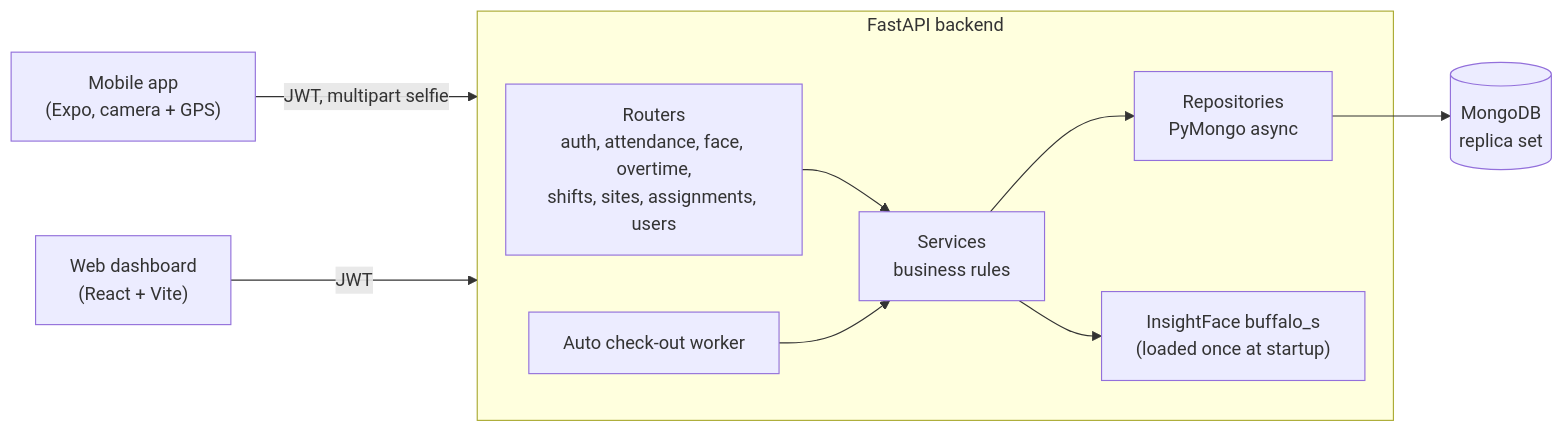
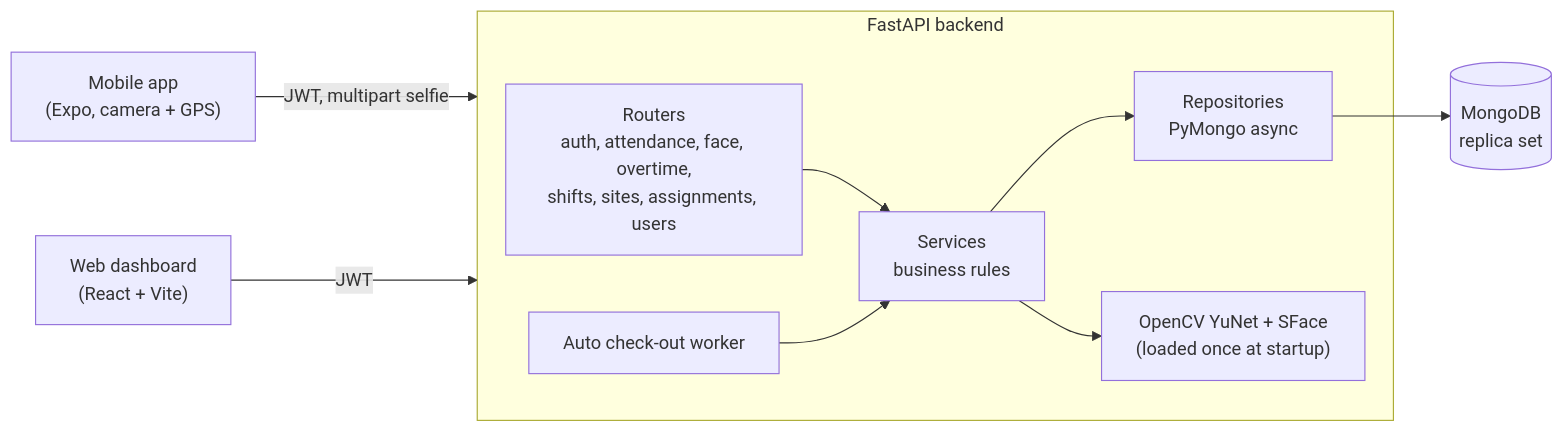
The diagram in README.md (Javanian/Hadir-Ops), drawn with Mermaid before and after one commit. The commit also changed other lines of this file and 3 other files, not shown here.

First line of the commit message:
docs: document the OpenCV face models, their licenses and re-enrolment

````diff
--- a/README.md
+++ b/README.md
@@ -46,12 +46,12 @@
 ```mermaid
 flowchart LR
   M["Mobile app<br/>(Expo, camera + GPS)"] -->|JWT, multipart selfie| API
   W["Web dashboard<br/>(React + Vite)"] -->|JWT| API
   subgraph API["FastAPI backend"]
     R["Routers<br/>auth, attendance, face, overtime,<br/>shifts, sites, assignments, users"] --> S["Services<br/>business rules"]
     S --> Repo["Repositories<br/>PyMongo async"]
-    S --> F["InsightFace buffalo_s<br/>(loaded once at startup)"]
+    S --> F["OpenCV YuNet + SFace<br/>(loaded once at startup)"]
     BG["Auto check-out worker"] --> S
   end
   Repo --> DB[("MongoDB<br/>replica set")]
 ```
````
